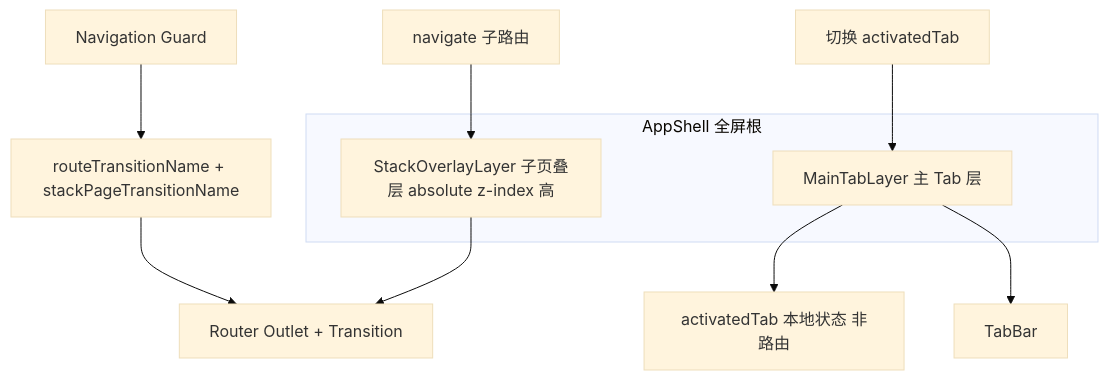
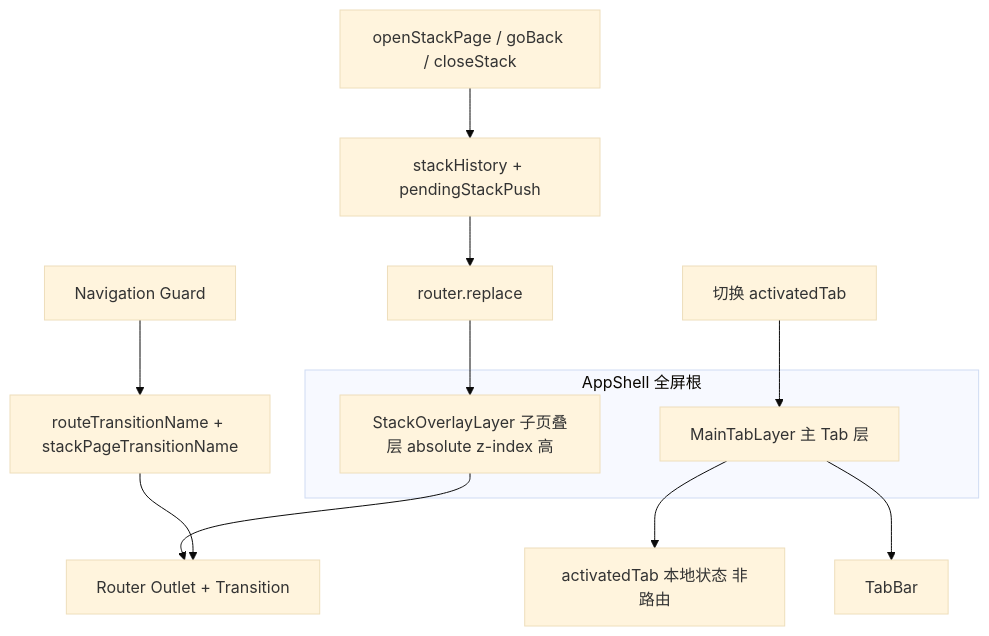
One commit to DiclZYY/code-helper-skills changed the diagram in skills/spa-native-app-framework/SKILL.md. Above: the diagram before and after it, drawn with Mermaid (base theme). The commit also changed other lines of this file and 5 other files, not shown here.

````diff
--- a/skills/spa-native-app-framework/SKILL.md
+++ b/skills/spa-native-app-framework/SKILL.md
@@ -34,14 +36,16 @@
 ```mermaid
 flowchart TB
   subgraph shell ["AppShell 全屏根"]
     mainTabLayer["MainTabLayer 主 Tab 层"]
     stackOverlayLayer["StackOverlayLayer 子页叠层 absolute z-index 高"]
   end
   mainTabLayer --> tabState["activatedTab 本地状态 非路由"]
   mainTabLayer --> tabBar["TabBar"]
   stackOverlayLayer --> routeOutlet["Router Outlet + Transition"]
+  navApi["openStackPage / goBack / closeStack"] --> appStack["stackHistory + pendingStackPush"]
+  appStack --> replaceNav["router.replace"]
+  replaceNav --> stackOverlayLayer
   navGuard["Navigation Guard"] --> transitionStore["routeTransitionName + stackPageTransitionName"]
   transitionStore --> routeOutlet
-  pushNav["navigate 子路由"] --> stackOverlayLayer
   tabNav["切换 activatedTab"] --> mainTabLayer
 ```
````
